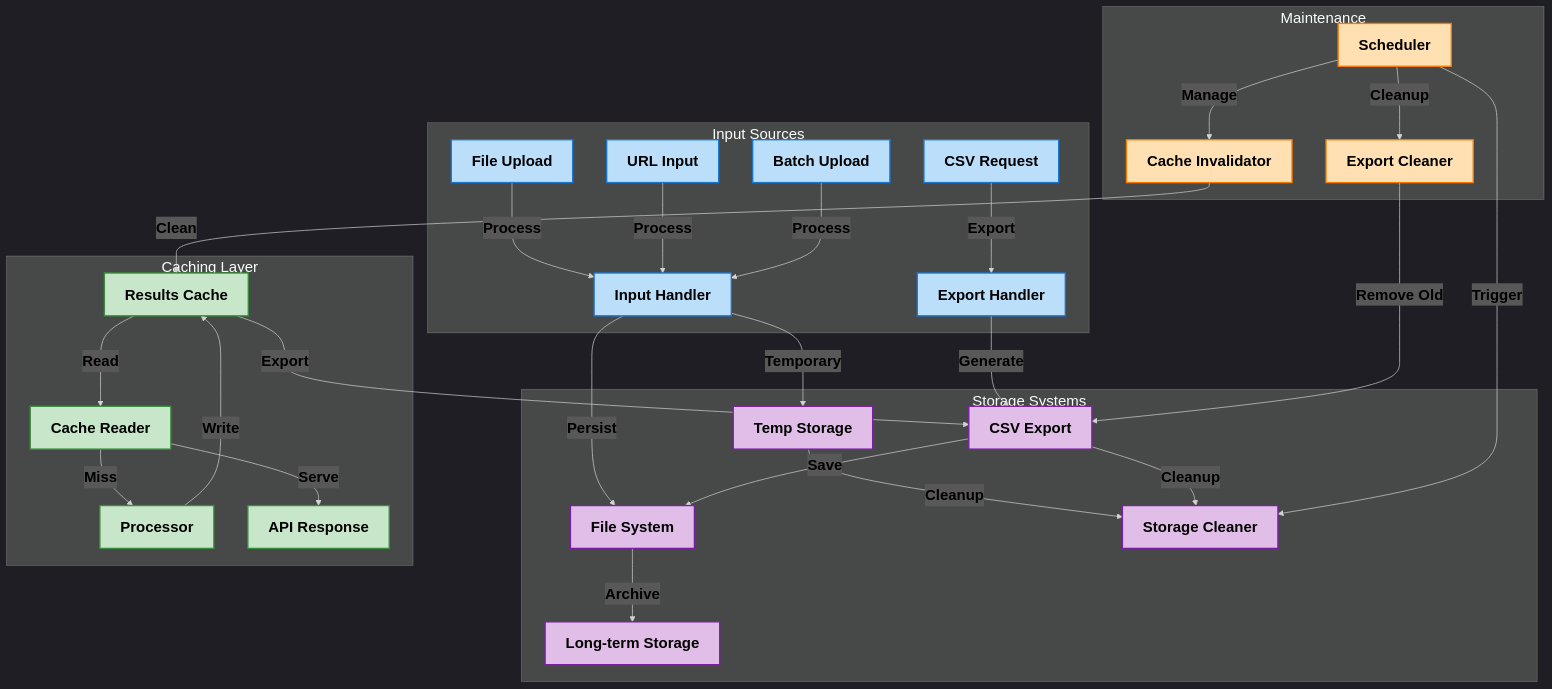
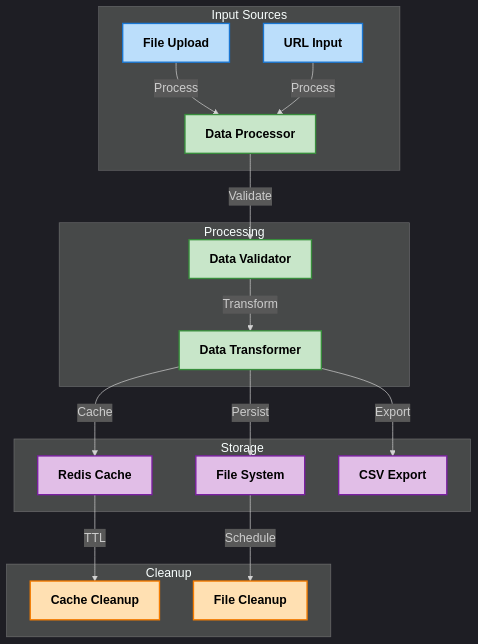
Before and after one commit to Dhruv0306/SymphonyProject1: the eighth of 9 diagrams in README.md, drawn with Mermaid. The commit also changed other lines of this file, not shown here.

First line of the commit message:
docs: enhance system architecture documentation and API specs

````diff
--- a/README.md
+++ b/README.md
@@ -1019,60 +409,34 @@
 ```mermaid
-%%{init: {'theme': 'dark', 'themeVariables': { 'fontFamily': 'arial', 'fontSize': '22px'}}}%%
+%%{init: {'theme': 'dark', 'themeVariables': { 'fontFamily': 'arial', 'fontSize': '18px', 'fontWeight': 'bold'}}}%%
 graph TD
-    subgraph "Input Sources" 
+    subgraph "Input Sources"
         style A1 fill:#bbdefb,stroke:#1976d2,stroke-width:2px,color:#000000,font-weight:bold
         style A2 fill:#bbdefb,stroke:#1976d2,stroke-width:2px,color:#000000,font-weight:bold
-        style A3 fill:#bbdefb,stroke:#1976d2,stroke-width:2px,color:#000000,font-weight:bold
-        style A4 fill:#bbdefb,stroke:#1976d2,stroke-width:2px,color:#000000,font-weight:bold
-        style B fill:#bbdefb,stroke:#1976d2,stroke-width:2px,color:#000000,font-weight:bold
-        style X fill:#bbdefb,stroke:#1976d2,stroke-width:2px,color:#000000,font-weight:bold
-        A1[File Upload] -->|Process| B[Input Handler]
-        A2[URL Input] -->|Process| B
-        A3[Batch Upload] -->|Process| B
-        A4[CSV Request] -->|Export| X[Export Handler]
+        A1["File Upload"] -->|"Process"| B["Data Processor"]
+        A2["URL Input"] -->|"Process"| B
     end
 
-    subgraph "Storage Systems" 
-        style C fill:#e1bee7,stroke:#7b1fa2,stroke-width:2px,color:#000000,font-weight:bold
-        style D fill:#e1bee7,stroke:#7b1fa2,stroke-width:2px,color:#000000,font-weight:bold
+    subgraph "Processing"
+        style B fill:#c8e6c9,stroke:#388e3c,stroke-width:2px,color:#000000,font-weight:bold
+        style C fill:#c8e6c9,stroke:#388e3c,stroke-width:2px,color:#000000,font-weight:bold
+        style D fill:#c8e6c9,stroke:#388e3c,stroke-width:2px,color:#000000,font-weight:bold
+        B -->|"Validate"| C["Data Validator"]
+        C -->|"Transform"| D["Data Transformer"]
+    end
+
+    subgraph "Storage"
         style E fill:#e1bee7,stroke:#7b1fa2,stroke-width:2px,color:#000000,font-weight:bold
         style F fill:#e1bee7,stroke:#7b1fa2,stroke-width:2px,color:#000000,font-weight:bold
-        style Y fill:#e1bee7,stroke:#7b1fa2,stroke-width:2px,color:#000000,font-weight:bold
-        B -->|Temporary| C[Temp Storage]
-        B -->|Persist| D[File System]
-        
-        C -->|Cleanup| E[Storage Cleaner]
-        D -->|Archive| F[Long-term Storage]
-        
-        X -->|Generate| Y[CSV Export]
-        Y -->|Save| D
-        Y -->|Cleanup| E
+        style G fill:#e1bee7,stroke:#7b1fa2,stroke-width:2px,color:#000000,font-weight:bold
+        D -->|"Cache"| E["Redis Cache"]
+        D -->|"Persist"| F["File System"]
+        D -->|"Export"| G["CSV Export"]
     end
 
-    subgraph "Caching Layer" 
-        style G fill:#c8e6c9,stroke:#388e3c,stroke-width:2px,color:#000000,font-weight:bold
-        style H fill:#c8e6c9,stroke:#388e3c,stroke-width:2px,color:#000000,font-weight:bold
-        style I fill:#c8e6c9,stroke:#388e3c,stroke-width:2px,color:#000000,font-weight:bold
-        style J fill:#c8e6c9,stroke:#388e3c,stroke-width:2px,color:#000000,font-weight:bold
-        G[Results Cache] -->|Read| H[Cache Reader]
-        I[Processor] -->|Write| G
-        
-        H -->|Serve| J[API Response]
-        H -->|Miss| I
-        G -->|Export| Y
+    subgraph "Cleanup"
+        style H fill:#ffe0b2,stroke:#f57c00,stroke-width:2px,color:#000000,font-weight:bold
+        style I fill:#ffe0b2,stroke:#f57c00,stroke-width:2px,color:#000000,font-weight:bold
+        E -->|"TTL"| H["Cache Cleanup"]
+        F -->|"Schedule"| I["File Cleanup"]
     end
-
-    subgraph "Maintenance" 
-        style K fill:#ffe0b2,stroke:#f57c00,stroke-width:2px,color:#000000,font-weight:bold
-        style L fill:#ffe0b2,stroke:#f57c00,stroke-width:2px,color:#000000,font-weight:bold
-        style M fill:#ffe0b2,stroke:#f57c00,stroke-width:2px,color:#000000,font-weight:bold
-        K[Scheduler] -->|Trigger| E
-        K -->|Manage| L[Cache Invalidator]
-        K -->|Cleanup| M[Export Cleaner]
-        M -->|Remove Old| Y
-        L -->|Clean| G
-    end
-
-    %% Style all edge labels
-    linkStyle default color:#000000,font-weight:bold
 ```
````
